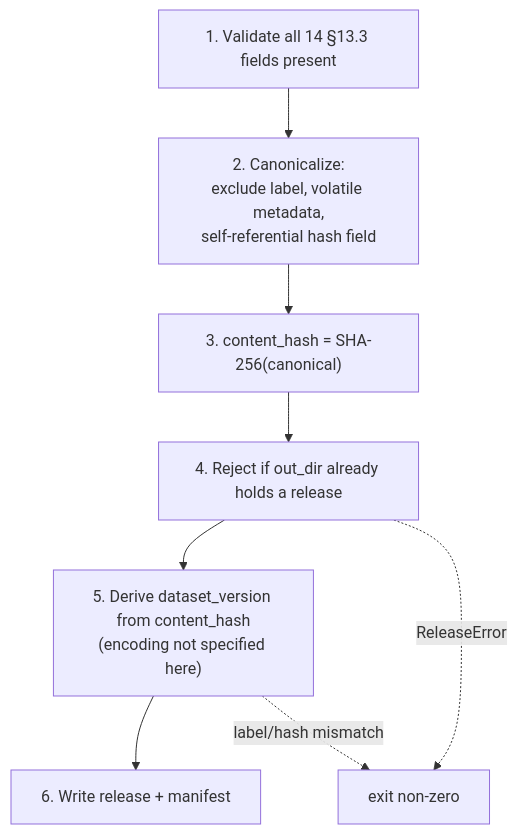
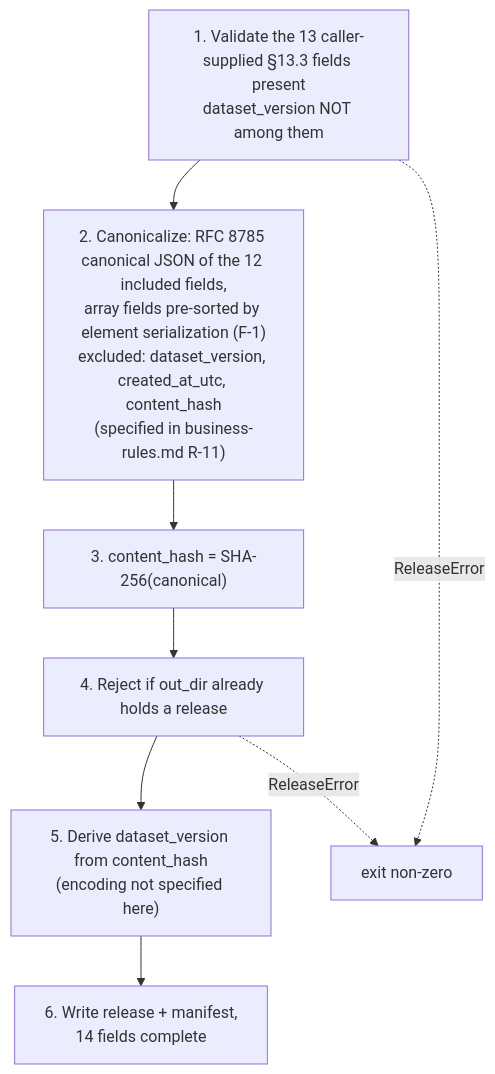
The second of 2 diagrams in aidlc/spaces/default/intents/260813-tec-hourly-forecast/construction/foundation/functional-design/business-logic-model.md (Kimrza/Thesis_toshkari), drawn with Mermaid before and after one commit. The commit also changed other lines of this file and 36 other files, not shown here.

````diff
--- a/aidlc/spaces/default/intents/260813-tec-hourly-forecast/construction/foundation/functional-design/business-logic-model.md
+++ b/aidlc/spaces/default/intents/260813-tec-hourly-forecast/construction/foundation/functional-design/business-logic-model.md
@@ -346,12 +383,12 @@
 ```mermaid
 graph TD
-  A["1. Validate all 14 §13.3 fields present"]
-  B["2. Canonicalize:<br/>exclude label, volatile metadata,<br/>self-referential hash field"]
+  A["1. Validate the 13 caller-supplied §13.3 fields present<br/>dataset_version NOT among them"]
+  B["2. Canonicalize: RFC 8785 canonical JSON of the 12 included fields,<br/>array fields pre-sorted by element serialization (F-1)<br/>excluded: dataset_version, created_at_utc, content_hash<br/>(specified in business-rules.md R-11)"]
   C["3. content_hash = SHA-256(canonical)"]
   D["4. Reject if out_dir already holds a release"]
   E["5. Derive dataset_version from content_hash<br/>(encoding not specified here)"]
-  F["6. Write release + manifest"]
+  F["6. Write release + manifest,<br/>14 fields complete"]
   A --> B --> C --> D --> E --> F
-  D -.->|ReleaseError| X["exit non-zero"]
-  E -.->|"label/hash mismatch"| X
+  A -.->|ReleaseError| X["exit non-zero"]
+  D -.->|ReleaseError| X
 ```
````
